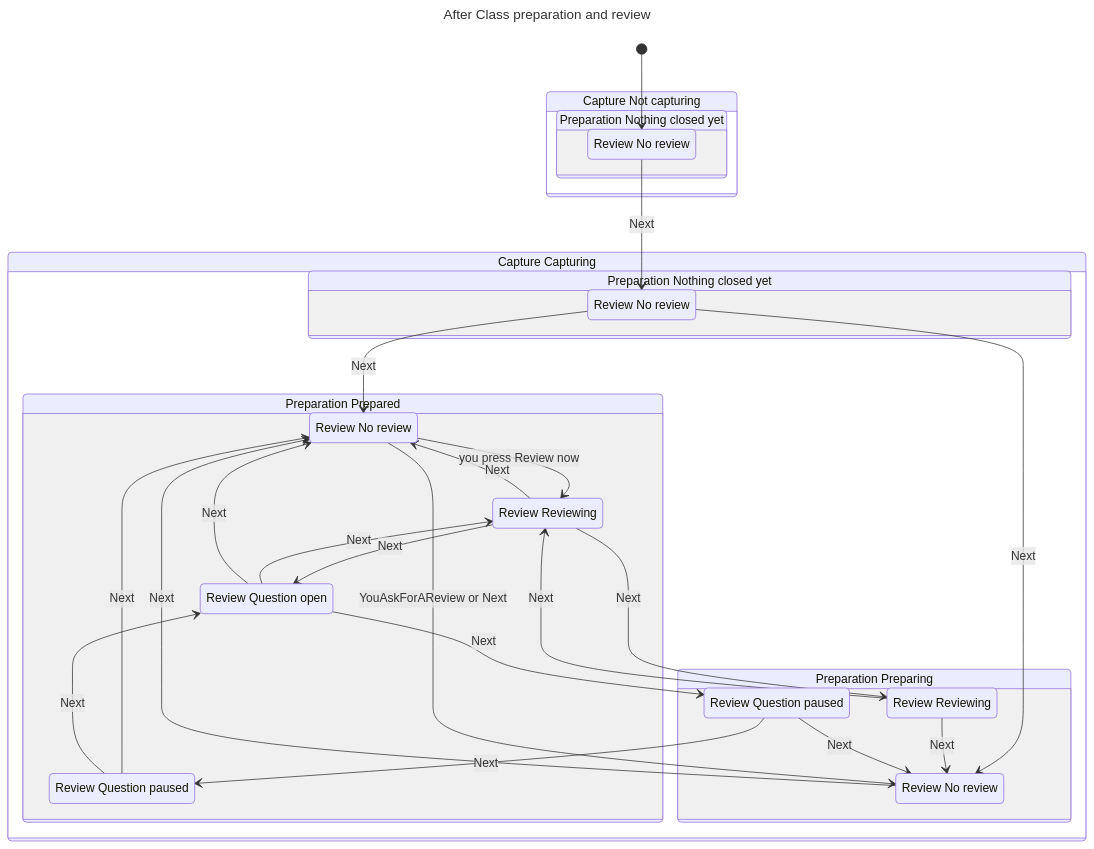
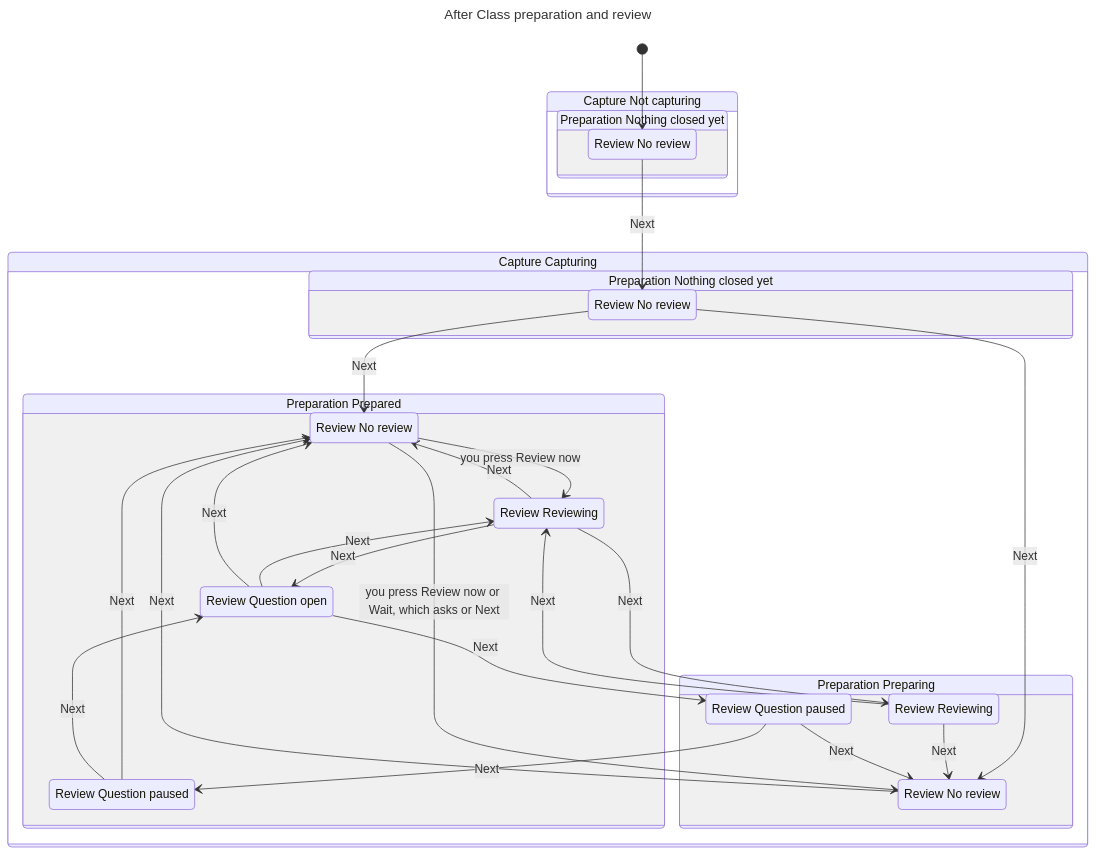
Before and after one commit to DerekHertz/after-class: the diagram in docs/flows/model/out-preparation/chart/chart.mmd, drawn with Mermaid. The commit also changed 15 other files, not shown here.

```diff
--- a/docs/flows/model/out-preparation/chart/chart.mmd
+++ b/docs/flows/model/out-preparation/chart/chart.mmd
@@ -1,44 +1,44 @@
 ---
 title: "After Class preparation and review"
 ---
 stateDiagram-v2
   state "Capture Not capturing" as s0 {
     state "Preparation Nothing closed yet" as s1 {
       s2: Review No review
     }
   }
   state "Capture Capturing" as s3 {
     state "Preparation Nothing closed yet" as s4 {
       s5: Review No review
     }
     state "Preparation Prepared" as s6 {
       s7: Review No review
       s8: Review Reviewing
       s9: Review Question open
       s10: Review Question paused
     }
     state "Preparation Preparing" as s11 {
       s12: Review No review
       s13: Review Reviewing
       s14: Review Question paused
     }
   }
   [*] --> s2
   s2 --> s5: Next
   s5 --> s7: Next
-  s7 --> s12: YouAskForAReview or Next
+  s7 --> s12: you press Review now or Wait, which asks or Next
   s5 --> s12: Next
   s12 --> s7: Next
   s7 --> s8: you press Review now
   s8 --> s7: Next
   s8 --> s9: Next
   s9 --> s8: Next
   s9 --> s7: Next
   s8 --> s13: Next
   s13 --> s8: Next
   s13 --> s12: Next
   s9 --> s14: Next
   s14 --> s12: Next
   s14 --> s10: Next
   s10 --> s7: Next
   s10 --> s9: Next
```
